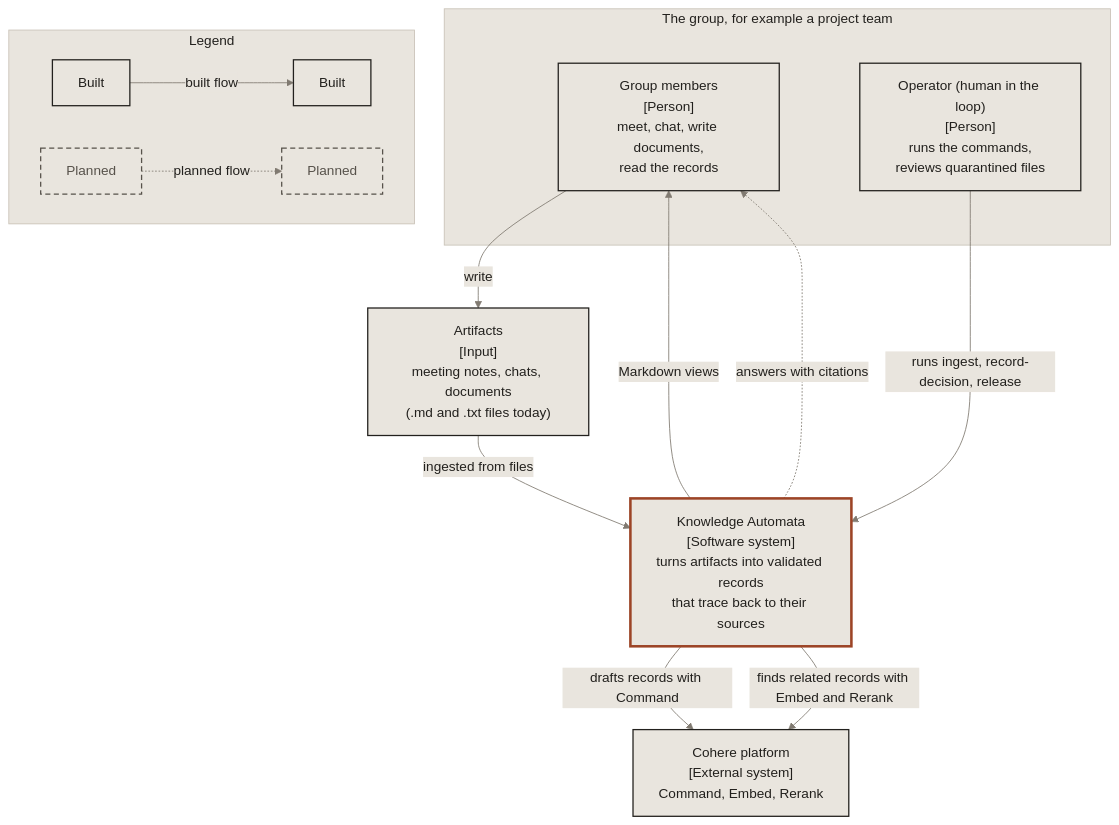
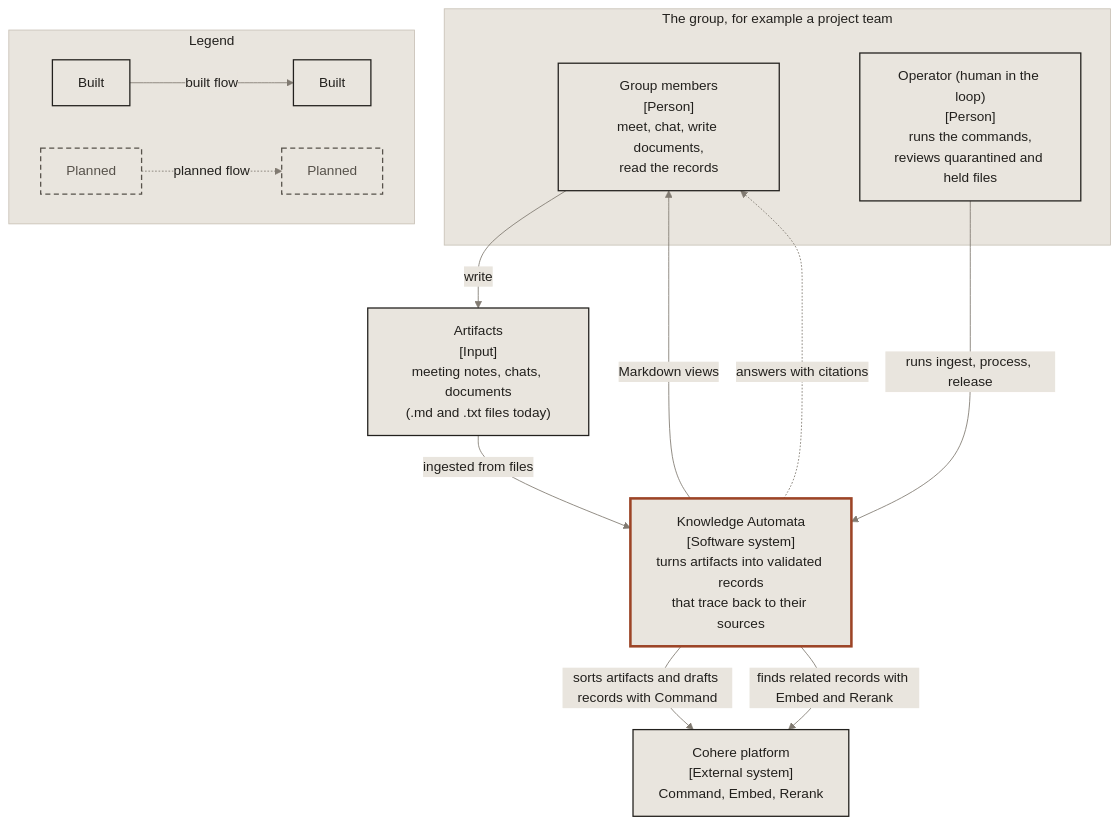
Before and after one commit to miguelmog10/knowledge-automata: the diagram in docs/diagrams/01-system-context.md, drawn with Mermaid. The commit also changed other lines of this file and 82 other files, not shown here.

````diff
--- a/docs/diagrams/01-system-context.md
+++ b/docs/diagrams/01-system-context.md
@@ -5,68 +5,68 @@
 ```mermaid
 ---
 config:
   theme: base
   fontFamily: "system-ui, -apple-system, \"Segoe UI\", \"Roboto\", \"Helvetica\", \"Arial\", sans-serif"
   themeVariables:
     background: "#e9e5de"
     fontFamily: "system-ui, -apple-system, \"Segoe UI\", \"Roboto\", \"Helvetica\", \"Arial\", sans-serif"
     fontSize: "16px"
     primaryColor: "#e9e5de"
     primaryTextColor: "#22201d"
     primaryBorderColor: "#22201d"
     secondaryColor: "#e9e5de"
     secondaryTextColor: "#22201d"
     secondaryBorderColor: "#57524b"
     tertiaryColor: "#e9e5de"
     tertiaryTextColor: "#22201d"
     tertiaryBorderColor: "#c9c2b7"
     lineColor: "#807a71"
     textColor: "#22201d"
     titleColor: "#22201d"
     nodeTextColor: "#22201d"
     clusterBkg: "#e9e5de"
     clusterBorder: "#c9c2b7"
     edgeLabelBackground: "#e9e5de"
     noteBkgColor: "#e9e5de"
     noteTextColor: "#22201d"
     noteBorderColor: "#c9c2b7"
     actorBkg: "#e9e5de"
     actorBorder: "#22201d"
     actorTextColor: "#22201d"
     actorLineColor: "#807a71"
     signalColor: "#807a71"
     signalTextColor: "#807a71"
     labelBoxBkgColor: "#e9e5de"
     labelBoxBorderColor: "#c9c2b7"
     labelTextColor: "#22201d"
     loopTextColor: "#807a71"
 ---
 flowchart TB
   classDef built fill:#e9e5de,stroke:#22201d,stroke-width:1.5px,color:#22201d
   classDef planned fill:#e9e5de,stroke:#57524b,stroke-width:1.5px,stroke-dasharray:6 4,color:#57524b
   classDef focus fill:#e9e5de,stroke:#9c4426,stroke-width:3px,color:#22201d
   accTitle: Knowledge Automata system context
-  accDescr: A group writes artifacts. Its Operator runs Knowledge Automata, which turns the artifacts into validated records using Cohere Command, finds the related records with Embed and Rerank, and publishes Markdown views. Question answering is planned.
+  accDescr: A group writes artifacts. Its Operator runs Knowledge Automata, which splits each artifact into items and turns them into validated records using Cohere Command, finds the related records with Embed and Rerank, and publishes Markdown views. Question answering is planned.
 
   subgraph group["The group, for example a project team"]
     members["Group members<br/>[Person]<br/>meet, chat, write documents,<br/>read the records"]:::built
-    operator["Operator (human in the loop)<br/>[Person]<br/>runs the commands,<br/>reviews quarantined files"]:::built
+    operator["Operator (human in the loop)<br/>[Person]<br/>runs the commands,<br/>reviews quarantined and held files"]:::built
   end
   artifacts["Artifacts<br/>[Input]<br/>meeting notes, chats, documents<br/>(.md and .txt files today)"]:::built
   ka["Knowledge Automata<br/>[Software system]<br/>turns artifacts into validated records<br/>that trace back to their sources"]:::focus
   cohere["Cohere platform<br/>[External system]<br/>Command, Embed, Rerank"]:::built
 
   members -- "write" --> artifacts
   artifacts -- "ingested from files" --> ka
-  operator -- "runs ingest, record-decision, release" --> ka
-  ka -- "drafts records with Command" --> cohere
+  operator -- "runs ingest, process, release" --> ka
+  ka -- "sorts artifacts and drafts records with Command" --> cohere
   ka -- "finds related records with Embed and Rerank" --> cohere
   ka -- "Markdown views" --> members
   ka -. "answers with citations" .-> members
 
   subgraph legend["Legend"]
     direction LR
     k1["Built"]:::built -- "built flow" --> k2["Built"]:::built
     k3["Planned"]:::planned -. "planned flow" .-> k4["Planned"]:::planned
   end
 ```
````
